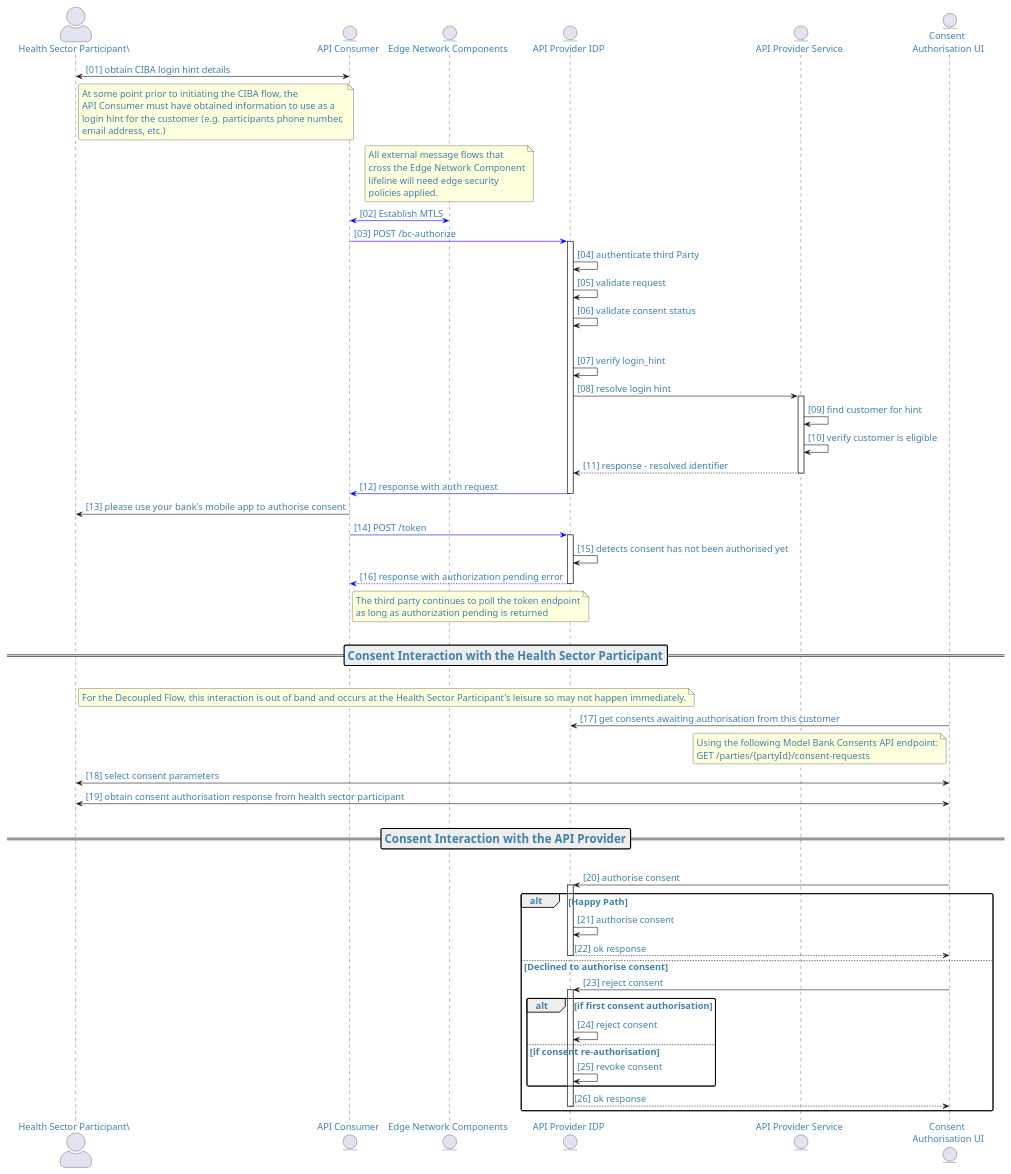
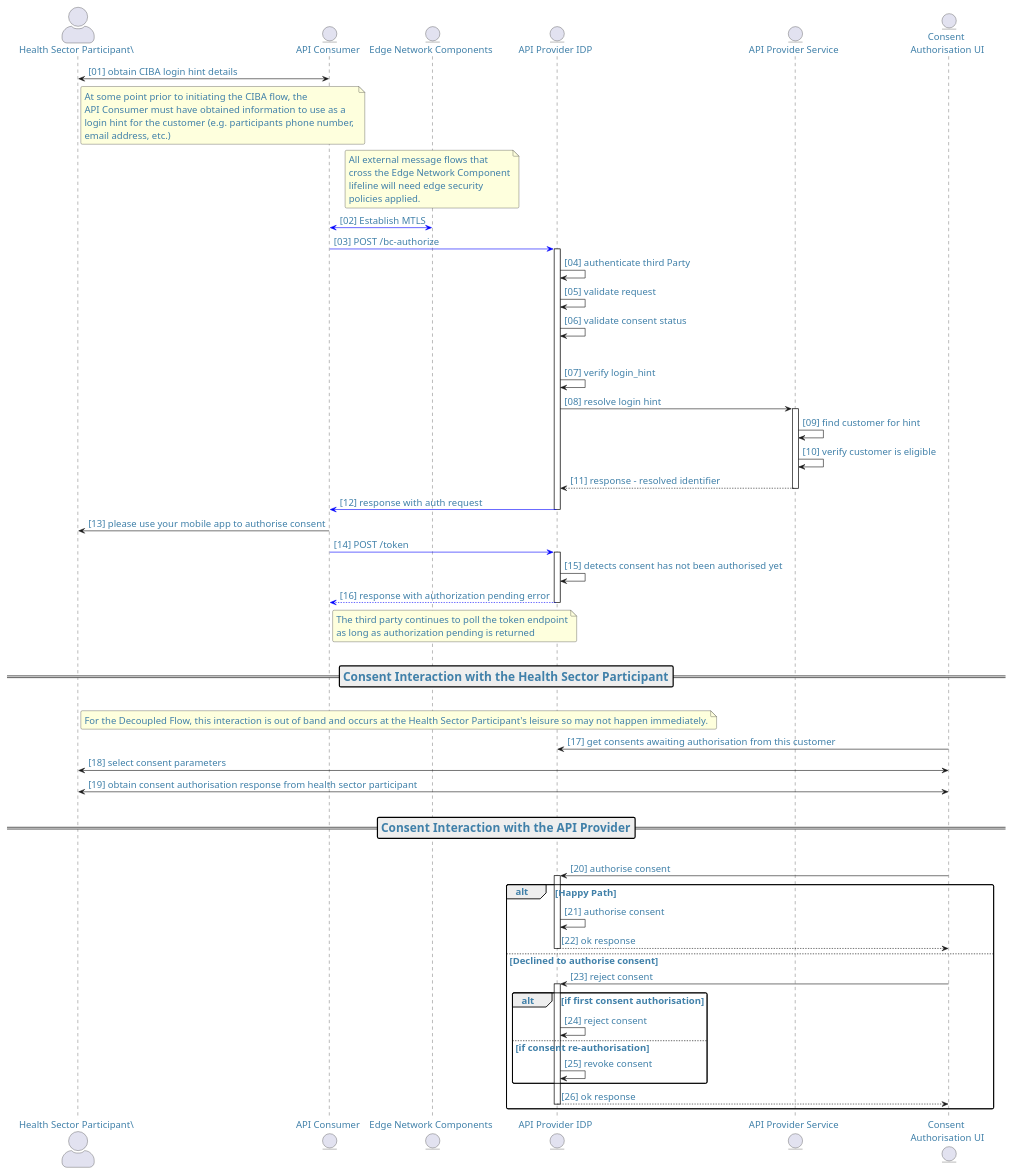
Before and after one commit to tewhatuora/api-standards: the third of 3 diagrams in docs/api-security/08-SecuringAPIswithOAuth2andOpenIDConnect.md, drawn with PlantUML. The commit also changed other lines of this file, not shown here.

Commit message:
https://github.com/tewhatuora/api-standards/issues/62

```diff
--- a/docs/api-security/08-SecuringAPIswithOAuth2andOpenIDConnect.md
+++ b/docs/api-security/08-SecuringAPIswithOAuth2andOpenIDConnect.md
@@ -587,7 +587,7 @@
 
 apipa-[#blue]>tp : response with auth request
 deactivate apipa
-tp->customer : please use your bank's mobile app to authorise consent
+tp->customer : please use your mobile app to authorise consent
 
 tp-[#blue]> apipa : POST /token
 activate apipa
@@ -609,10 +609,6 @@
 end note
 
 consentapp -> apipa : get consents awaiting authorisation from this customer
-note left of consentapp
-Using the following Model Bank Consents API endpoint:
-GET /parties/{partyId}/consent-requests
-end note
 customer <-> consentapp : select consent parameters
 customer <-> consentapp: obtain consent authorisation response from health sector participant
 
```
